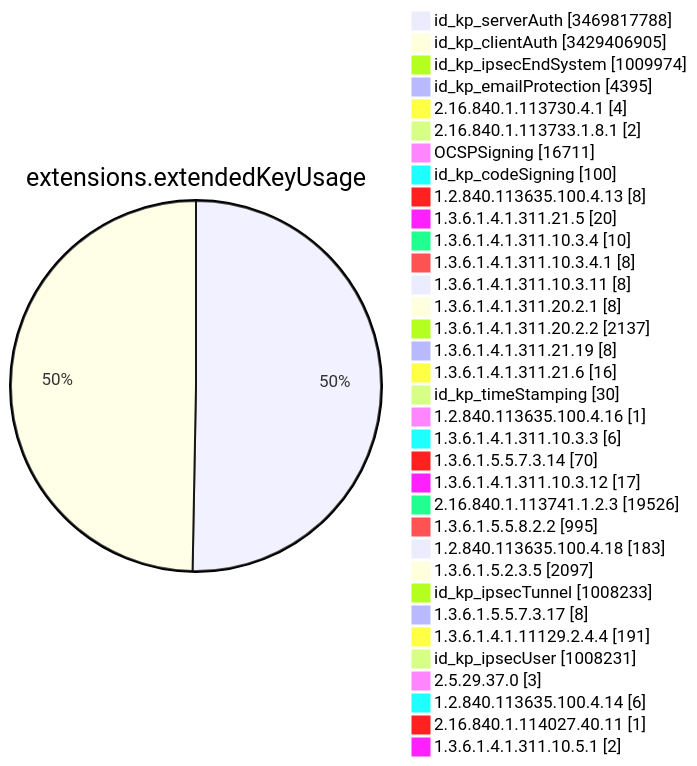
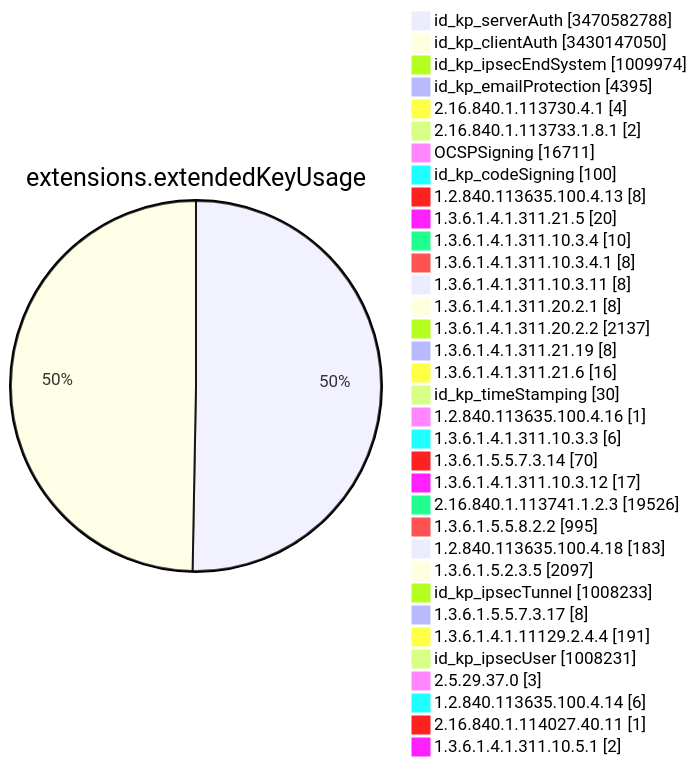
Before and after one commit to christiankrug/ctmonitor_visualization: diagram 11 of 15 in TOTAL/README.md, drawn with Mermaid. The commit also changed other lines of this file, not shown here.

````diff
--- a/TOTAL/README.md
+++ b/TOTAL/README.md
@@ -4123,38 +4123,38 @@
 ```mermaid
 pie showData
 title extensions.extendedKeyUsage
-"id_kp_serverAuth" :3469817788
-"id_kp_clientAuth" :3429406905
+"id_kp_serverAuth" :3470582788
+"id_kp_clientAuth" :3430147050
 "id_kp_ipsecEndSystem" :1009974
 "id_kp_emailProtection" :4395
 "2.16.840.1.113730.4.1" :4
 "2.16.840.1.113733.1.8.1" :2
 "OCSPSigning" :16711
 "id_kp_codeSigning" :100
 "1.2.840.113635.100.4.13" :8
 "1.3.6.1.4.1.311.21.5" :20
 "1.3.6.1.4.1.311.10.3.4" :10
 "1.3.6.1.4.1.311.10.3.4.1" :8
 "1.3.6.1.4.1.311.10.3.11" :8
 "1.3.6.1.4.1.311.20.2.1" :8
 "1.3.6.1.4.1.311.20.2.2" :2137
 "1.3.6.1.4.1.311.21.19" :8
 "1.3.6.1.4.1.311.21.6" :16
 "id_kp_timeStamping" :30
 "1.2.840.113635.100.4.16" :1
 "1.3.6.1.4.1.311.10.3.3" :6
 "1.3.6.1.5.5.7.3.14" :70
 "1.3.6.1.4.1.311.10.3.12" :17
 "2.16.840.1.113741.1.2.3" :19526
 "1.3.6.1.5.5.8.2.2" :995
 "1.2.840.113635.100.4.18" :183
 "1.3.6.1.5.2.3.5" :2097
 "id_kp_ipsecTunnel" :1008233
 "1.3.6.1.5.5.7.3.17" :8
 "1.3.6.1.4.1.11129.2.4.4" :191
 "id_kp_ipsecUser" :1008231
 "2.5.29.37.0" :3
 "1.2.840.113635.100.4.14" :6
 "2.16.840.1.114027.40.11" :1
 "1.3.6.1.4.1.311.10.5.1" :2
 ```
````
